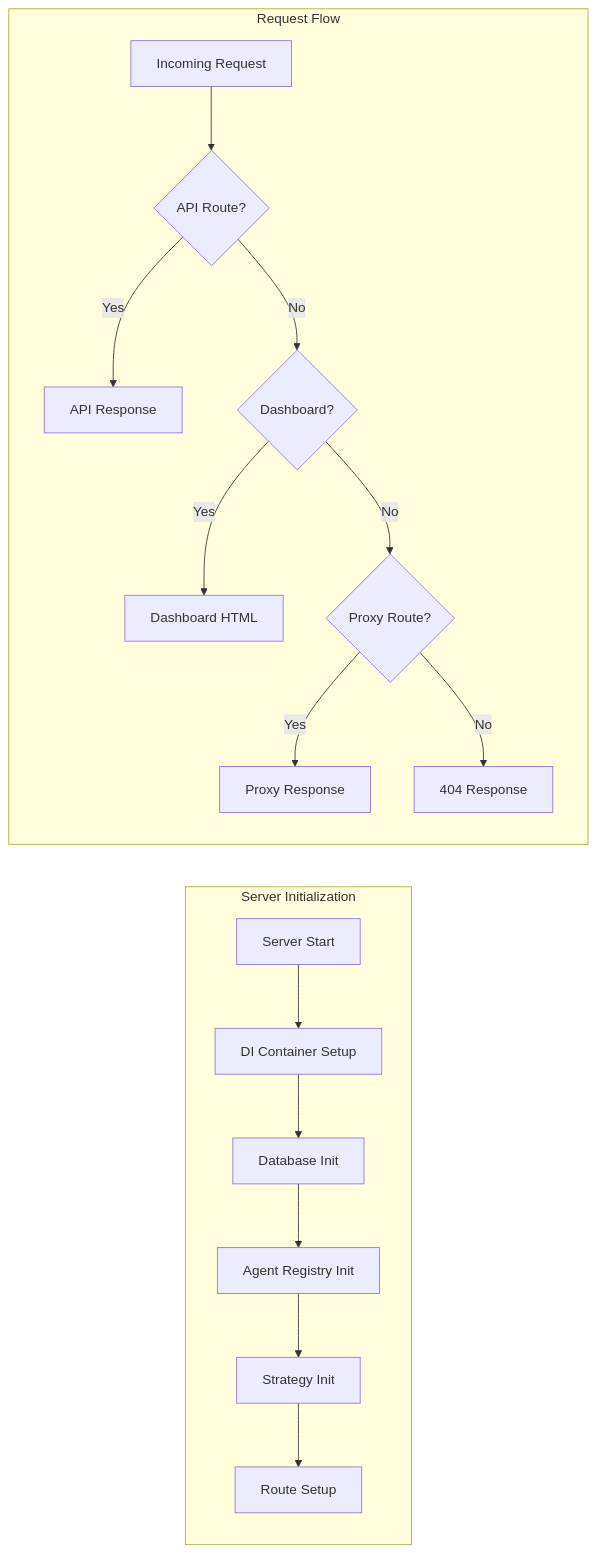
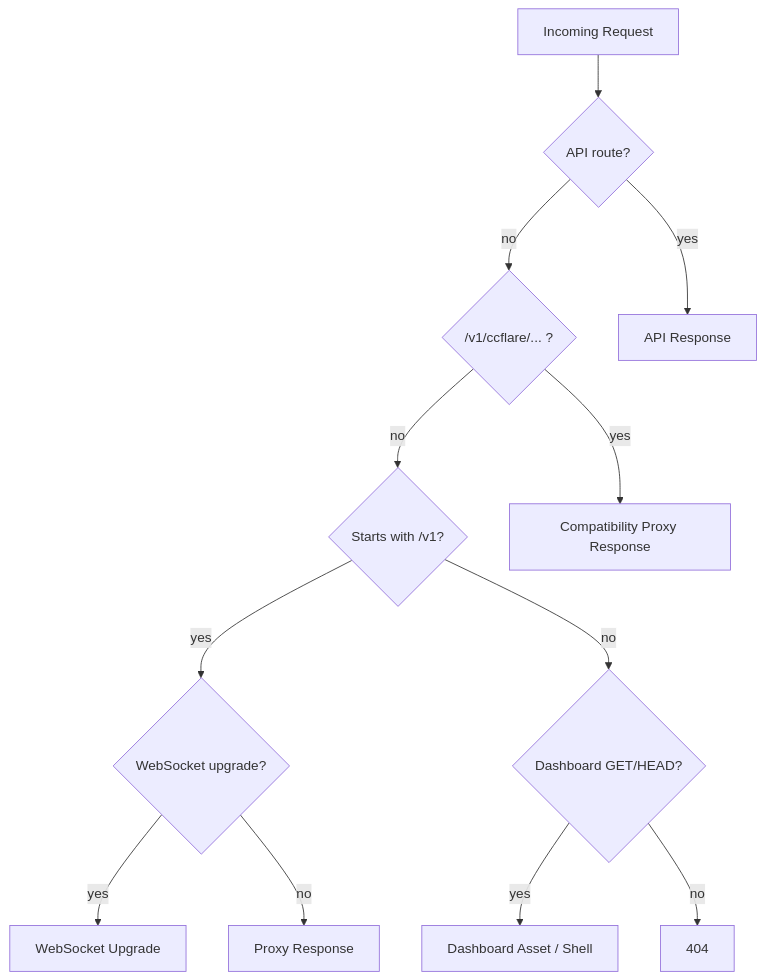
One commit to zenprocess/better-ccflare changed the third of 4 diagrams in docs/architecture.md. Above: the diagram before and after it, drawn with Mermaid. The commit also changed other lines of this file and 1026 other files, not shown here.

````diff
--- a/docs/architecture.md
+++ b/docs/architecture.md
@@ -179,37 +143,27 @@
 ```mermaid
-graph LR
-    subgraph "Server Initialization"
-        START[Server Start]
-        DI[DI Container Setup]
-        DB_INIT[Database Init]
-        AGENT_INIT[Agent Registry Init]
-        STRAT[Strategy Init]
-        ROUTES[Route Setup]
-    end
-    
-    START --> DI
-    DI --> DB_INIT
-    DB_INIT --> AGENT_INIT
-    AGENT_INIT --> STRAT
-    STRAT --> ROUTES
-    
-    subgraph "Request Flow"
-        REQ[Incoming Request]
-        API_CHECK{API Route?}
-        DASH_CHECK{Dashboard?}
-        PROXY_CHECK{Proxy Route?}
-        
-        API_RESP[API Response]
-        DASH_RESP[Dashboard HTML]
-        PROXY_RESP[Proxy Response]
-        NOT_FOUND[404 Response]
-    end
-    
-    REQ --> API_CHECK
-    API_CHECK -->|Yes| API_RESP
-    API_CHECK -->|No| DASH_CHECK
-    DASH_CHECK -->|Yes| DASH_RESP
-    DASH_CHECK -->|No| PROXY_CHECK
-    PROXY_CHECK -->|Yes| PROXY_RESP
-    PROXY_CHECK -->|No| NOT_FOUND
+flowchart TD
+    REQ[Incoming Request]
+    APIQ{API route?}
+    COMPATQ{/v1/ccflare/... ?}
+    V1Q{Starts with /v1?}
+    WSQ{WebSocket upgrade?}
+    DASHQ{Dashboard GET/HEAD?}
+    APIRESP[API Response]
+    COMPATRESP[Compatibility Proxy Response]
+    WSRESP[WebSocket Upgrade]
+    PROXYRESP[Proxy Response]
+    DASHRESP[Dashboard Asset / Shell]
+    NF[404]
+
+    REQ --> APIQ
+    APIQ -->|yes| APIRESP
+    APIQ -->|no| COMPATQ
+    COMPATQ -->|yes| COMPATRESP
+    COMPATQ -->|no| V1Q
+    V1Q -->|yes| WSQ
+    WSQ -->|yes| WSRESP
+    WSQ -->|no| PROXYRESP
+    V1Q -->|no| DASHQ
+    DASHQ -->|yes| DASHRESP
+    DASHQ -->|no| NF
 ```
````
